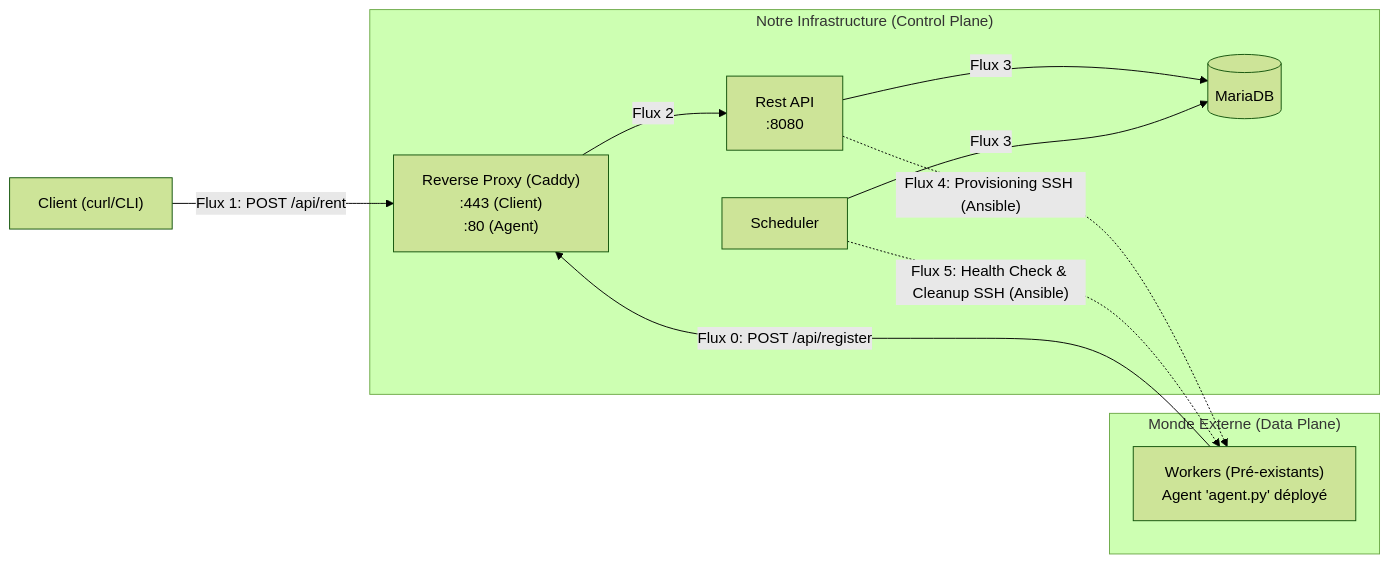
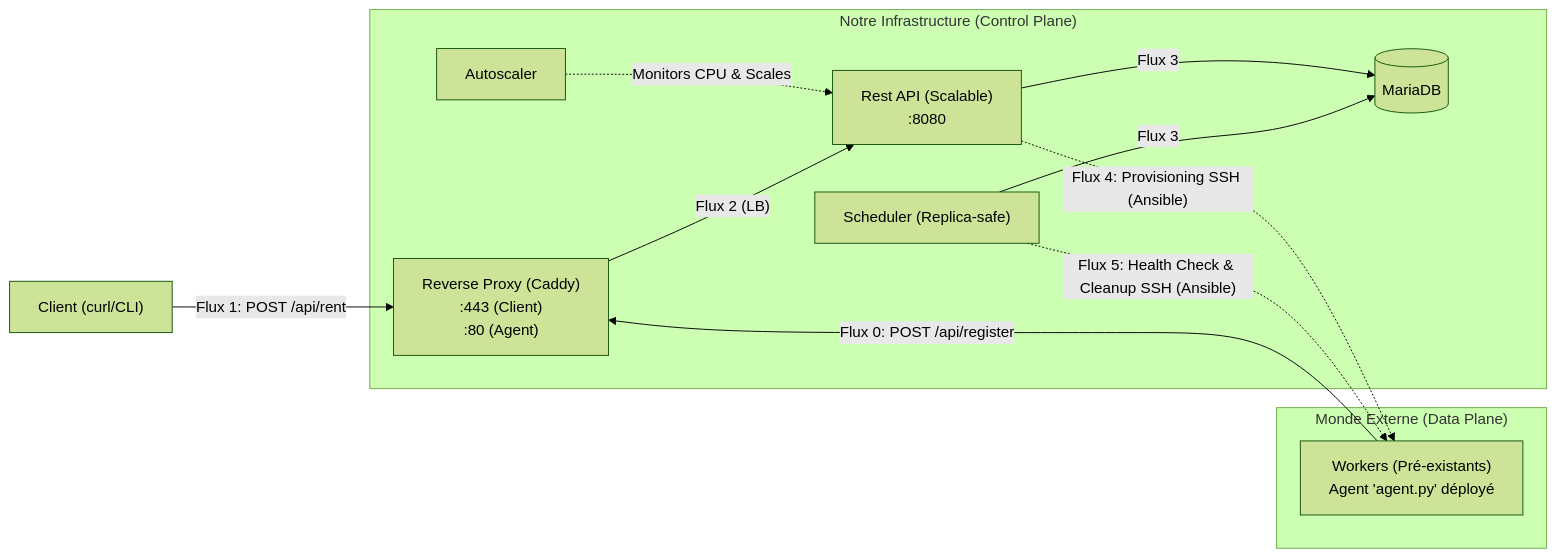
Before and after one commit to TedBarbier/projet_deploiement: the diagram in specifications.md, drawn with Mermaid (forest theme). The commit also changed other lines of this file and 22 other files, not shown here.

````diff
--- a/specifications.md
+++ b/specifications.md
@@ -37,34 +38,38 @@
 ```mermaid
 flowchart LR
     Client["Client (curl/CLI)"]
 
     subgraph DATA["Monde Externe (Data Plane)"]
         Worker["Workers (Pré-existants)<br/>Agent 'agent.py' déployé"]
     end
 
     subgraph CONTROL["Notre Infrastructure (Control Plane)"]
         RP["Reverse Proxy (Caddy)<br/>:443 (Client)<br/>:80 (Agent)"]
-        API["Rest API <br/>:8080"]
-        SCHED["Scheduler"]
+        API["Rest API (Scalable)<br/>:8080"]
+        SCHED["Scheduler (Replica-safe)"]
+        AS["Autoscaler"]
         DB[(MariaDB)]
     end
 
+    %% Scaling
+    AS -.->|"Monitors CPU & Scales"| API
+    
     %% Flux 0 : Enregistrement auto
     Worker -- "Flux 0: POST /api/register" --> RP
 
     %% Flux 1 : Location client
     Client -->|"Flux 1: POST /api/rent" | RP
 
     %% Flux 2 : Proxy → API
-    RP -->|"Flux 2" | API
+    RP -->|"Flux 2 (LB)" | API
 
     %% Flux 3 : API et Scheduler interagissent avec DB
     API -->|"Flux 3" | DB
     SCHED -->|"Flux 3" | DB
 
     %% Flux 4 : Provisioning via Ansible
     API -.->|"Flux 4: Provisioning SSH (Ansible)" | Worker
 
     %% Flux 5 : QoS / Cleanup via Scheduler
     SCHED -.->|"Flux 5: Health Check & Cleanup SSH (Ansible)" | Worker
 ```
````
